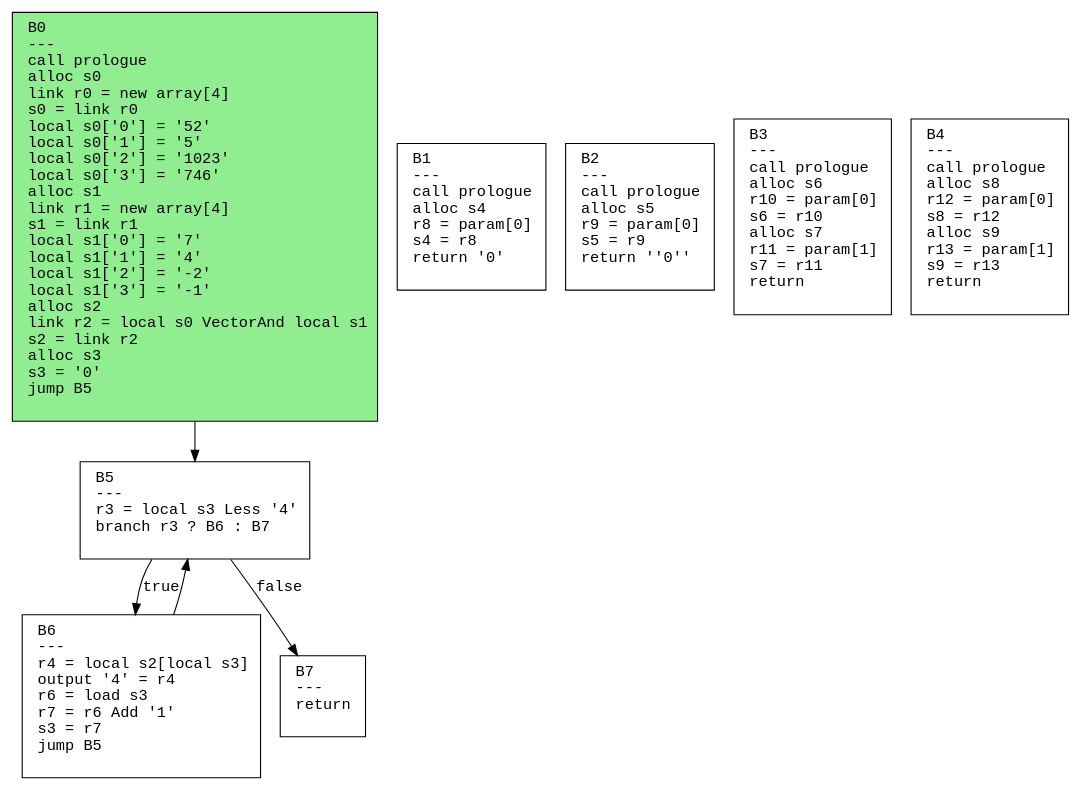
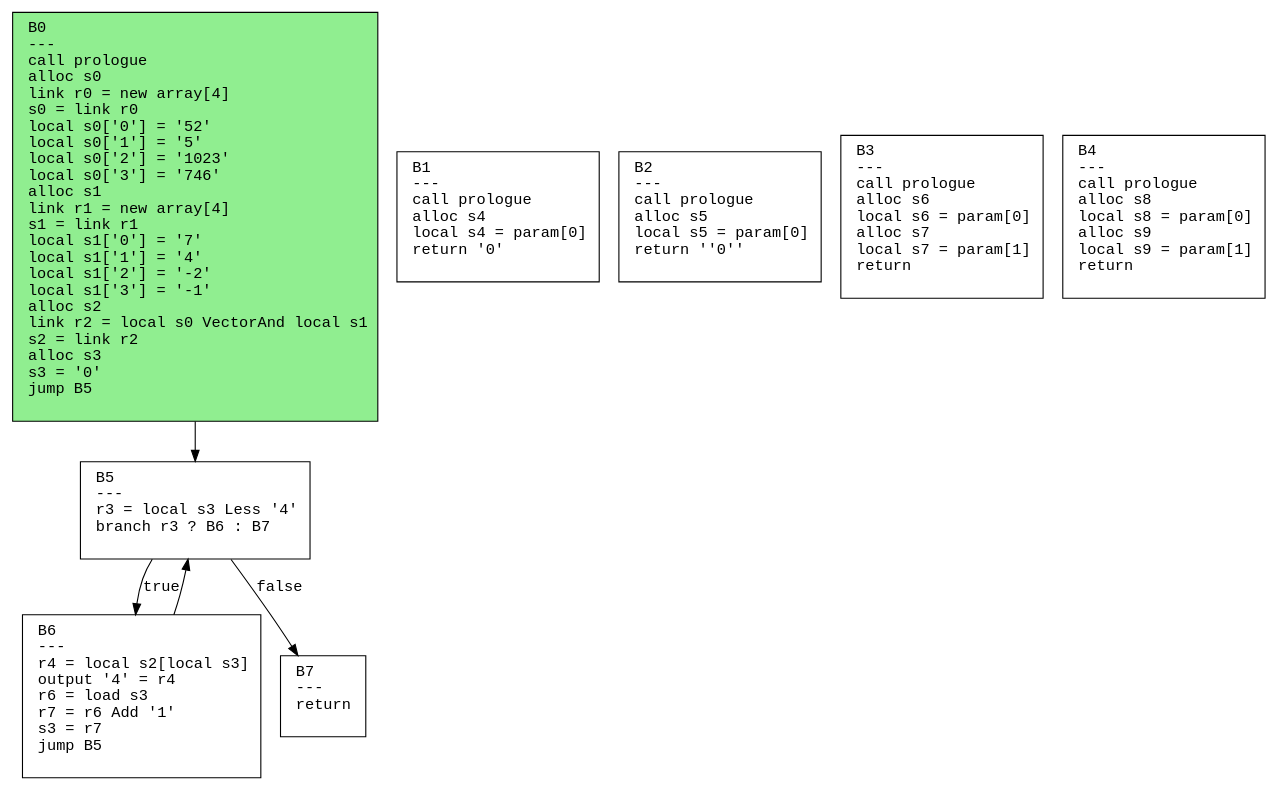
One commit to safarislava/ProcTranslator changed the diagram in schemes/bitwise.dot. Above: the diagram before and after it, drawn with Graphviz. The commit also changed 20 other files, not shown here.

```diff
--- a/schemes/bitwise.dot
+++ b/schemes/bitwise.dot
@@ -1,19 +1,19 @@
 digraph CFG {
   rankdir=TB;
   node [shape=box, fontname="Courier", style=filled, fillcolor=white, margin="0.2,0.1"];
   edge [fontname="Courier"];
 
   "B0" [label="B0\l---\lcall prologue\lalloc s0\llink r0 = new array[4]\ls0 = link r0\llocal s0['0'] = '52'\llocal s0['1'] = '5'\llocal s0['2'] = '1023'\llocal s0['3'] = '746'\lalloc s1\llink r1 = new array[4]\ls1 = link r1\llocal s1['0'] = '7'\llocal s1['1'] = '4'\llocal s1['2'] = '-2'\llocal s1['3'] = '-1'\lalloc s2\llink r2 = local s0 VectorAnd local s1\ls2 = link r2\lalloc s3\ls3 = '0'\ljump B5\l "];
-  "B1" [label="B1\l---\lcall prologue\lalloc s4\lr8 = param[0]\ls4 = r8\lreturn '0'\l "];
-  "B2" [label="B2\l---\lcall prologue\lalloc s5\lr9 = param[0]\ls5 = r9\lreturn ''0''\l "];
-  "B3" [label="B3\l---\lcall prologue\lalloc s6\lr10 = param[0]\ls6 = r10\lalloc s7\lr11 = param[1]\ls7 = r11\lreturn\l "];
-  "B4" [label="B4\l---\lcall prologue\lalloc s8\lr12 = param[0]\ls8 = r12\lalloc s9\lr13 = param[1]\ls9 = r13\lreturn\l "];
+  "B1" [label="B1\l---\lcall prologue\lalloc s4\llocal s4 = param[0]\lreturn '0'\l "];
+  "B2" [label="B2\l---\lcall prologue\lalloc s5\llocal s5 = param[0]\lreturn ''0''\l "];
+  "B3" [label="B3\l---\lcall prologue\lalloc s6\llocal s6 = param[0]\lalloc s7\llocal s7 = param[1]\lreturn\l "];
+  "B4" [label="B4\l---\lcall prologue\lalloc s8\llocal s8 = param[0]\lalloc s9\llocal s9 = param[1]\lreturn\l "];
   "B5" [label="B5\l---\lr3 = local s3 Less '4'\lbranch r3 ? B6 : B7\l "];
   "B6" [label="B6\l---\lr4 = local s2[local s3]\loutput '4' = r4\lr6 = load s3\lr7 = r6 Add '1'\ls3 = r7\ljump B5\l "];
   "B7" [label="B7\l---\lreturn\l "];
   "B0" -> "B5";
   "B5" -> "B6" [label="true"];
   "B5" -> "B7" [label="false"];
   "B6" -> "B5";
   "B0" [fillcolor=lightgreen];
 }
```
